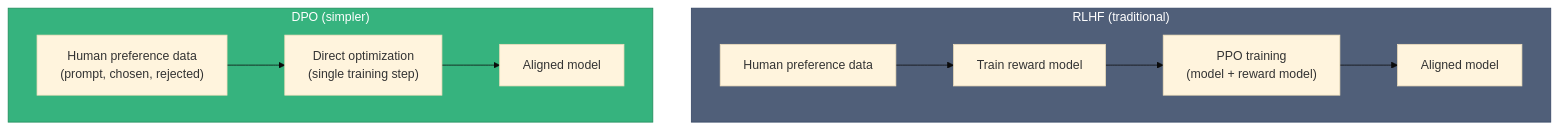
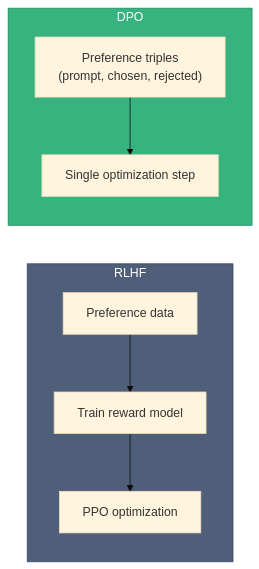
Before and after one commit to basidiocarp/.github: the second of 5 diagrams in docs/AI-CONCEPTS.md, drawn with Mermaid (base theme). The commit also changed other lines of this file, not shown here.

Commit message:
docs: rewrite AI concepts — fix voice, diagram structure, remove filler

````diff
--- a/docs/AI-CONCEPTS.md
+++ b/docs/AI-CONCEPTS.md
@@ -85,16 +67,12 @@
 ```mermaid
-flowchart TD
-    subgraph RLHF["RLHF (traditional)"]
-        HP1["Human preference data"] --> RM["Train reward model"]
-        RM --> PPO["PPO training<br/>(model + reward model)"]
-        PPO --> A1["Aligned model"]
+flowchart LR
+    subgraph RLHF
+        Prefs1["Preference data"] --> Reward["Train reward model"] --> PPO["PPO optimization"]
     end
-
-    subgraph DPO_Flow["DPO (simpler)"]
-        HP2["Human preference data<br/>(prompt, chosen, rejected)"] --> Direct["Direct optimization<br/>(single training step)"]
-        Direct --> A2["Aligned model"]
+    subgraph DPO
+        Prefs2["Preference triples\n(prompt, chosen, rejected)"] --> Direct["Single optimization step"]
     end
 
     style RLHF fill:#505f79,stroke:#344563,color:#fff
-    style DPO_Flow fill:#36b37e,stroke:#1f8a5a,color:#fff
+    style DPO fill:#36b37e,stroke:#1f8a5a,color:#fff
 ```
````
